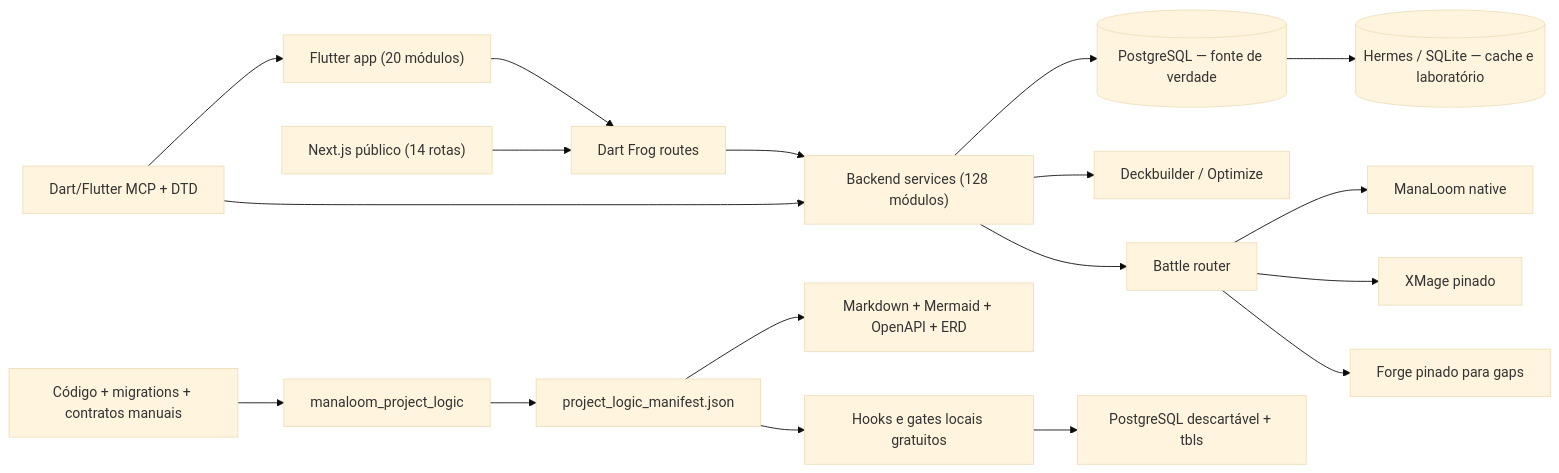
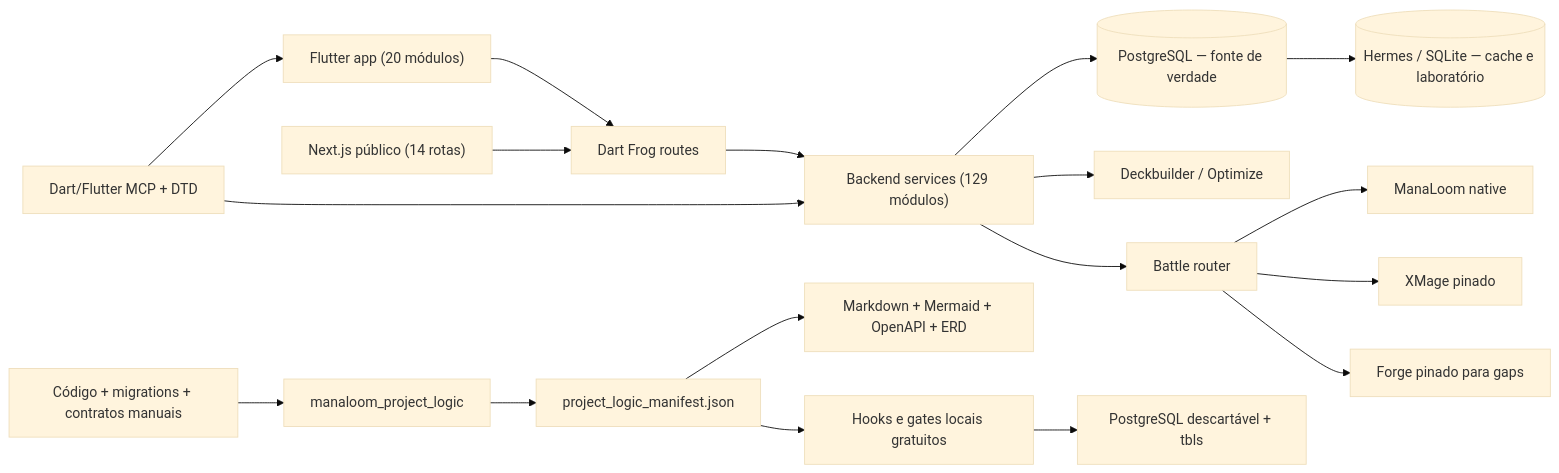
One commit to softwarePredador/mtgia changed the diagram in docs/generated/ARCHITECTURE.md. Above: the diagram before and after it, drawn with Mermaid (base theme). The commit also changed 155 other files, not shown here.

````diff
--- a/docs/generated/ARCHITECTURE.md
+++ b/docs/generated/ARCHITECTURE.md
@@ -5,20 +5,20 @@
 ```mermaid
 flowchart LR
     UI["Flutter app (20 módulos)"] --> API["Dart Frog routes"]
     WEB["Next.js público (14 rotas)"] --> API
-    API --> DOMAIN["Backend services (128 módulos)"]
+    API --> DOMAIN["Backend services (129 módulos)"]
     DOMAIN --> PG[("PostgreSQL — fonte de verdade")]
     DOMAIN --> AI["Deckbuilder / Optimize"]
     DOMAIN --> BATTLE["Battle router"]
     BATTLE --> NATIVE["ManaLoom native"]
     BATTLE --> XMAGE["XMage pinado"]
     BATTLE --> FORGE["Forge pinado para gaps"]
     PG --> HERMES[("Hermes / SQLite — cache e laboratório")]
     SRC["Código + migrations + contratos manuais"] --> GEN["manaloom_project_logic"]
     GEN --> MANIFEST["project_logic_manifest.json"]
     MANIFEST --> DOCS["Markdown + Mermaid + OpenAPI + ERD"]
     MANIFEST --> LOCAL["Hooks e gates locais gratuitos"]
     LOCAL --> TBLS["PostgreSQL descartável + tbls"]
     MCP["Dart/Flutter MCP + DTD"] --> UI
     MCP --> DOMAIN
 ```
````
